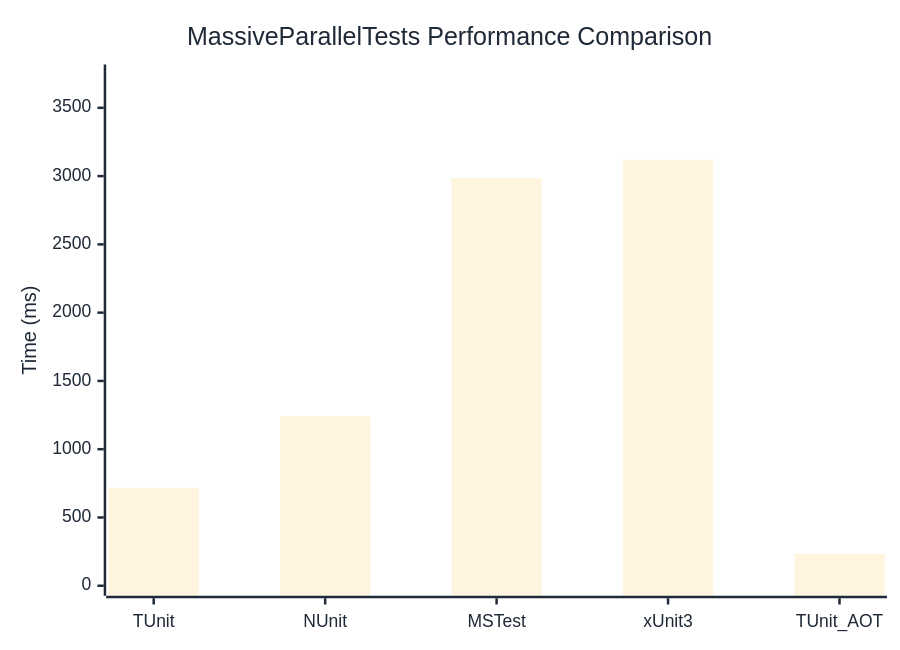
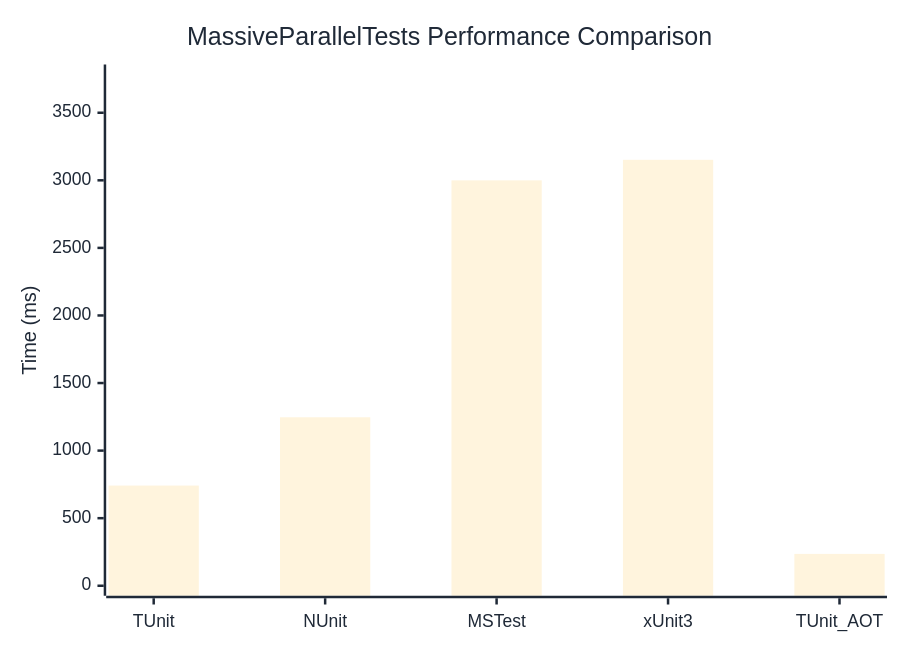
Before and after one commit to thomhurst/TUnit: the diagram in docs/docs/benchmarks/MassiveParallelTests.md, drawn with Mermaid. The commit also changed other lines of this file and 17 other files, not shown here.

````diff
--- a/docs/docs/benchmarks/MassiveParallelTests.md
+++ b/docs/docs/benchmarks/MassiveParallelTests.md
@@ -27,37 +27,37 @@
 ```mermaid
 %%{init: {
   'theme':'base',
   'themeVariables': {
     'primaryColor': '#2563eb',
     'primaryTextColor': '#1f2937',
     'primaryBorderColor': '#1e40af',
     'lineColor': '#6b7280',
     'secondaryColor': '#7c3aed',
     'tertiaryColor': '#dc2626',
     'background': '#ffffff',
     'mainBkg': '#2563eb',
     'secondBkg': '#7c3aed',
     'tertiaryBkg': '#dc2626',
     'clusterBkg': '#f3f4f6',
     'edgeLabelBackground': '#ffffff',
     'tertiaryTextColor': '#1f2937',
     'pie1': '#2563eb',
     'pie2': '#7c3aed',
     'pie3': '#dc2626',
     'pie4': '#f59e0b',
     'pie5': '#10b981',
     'pie6': '#06b6d4',
     'pie7': '#ec4899',
     'pie8': '#6366f1',
     'pie9': '#84cc16',
     'pie10': '#f97316',
     'pie11': '#14b8a6',
     'pie12': '#a855f7'
   }
 }}%%
 xychart-beta
   title "MassiveParallelTests Performance Comparison"
   x-axis ["TUnit", "NUnit", "MSTest", "xUnit3", "TUnit_AOT"]
-  y-axis "Time (ms)" 0 --> 3744
-  bar [717.2, 1241, 2985, 3119.9, 234.7]
+  y-axis "Time (ms)" 0 --> 3783
+  bar [741.3, 1246.6, 2999.7, 3151.7, 235.6]
 ```
````
